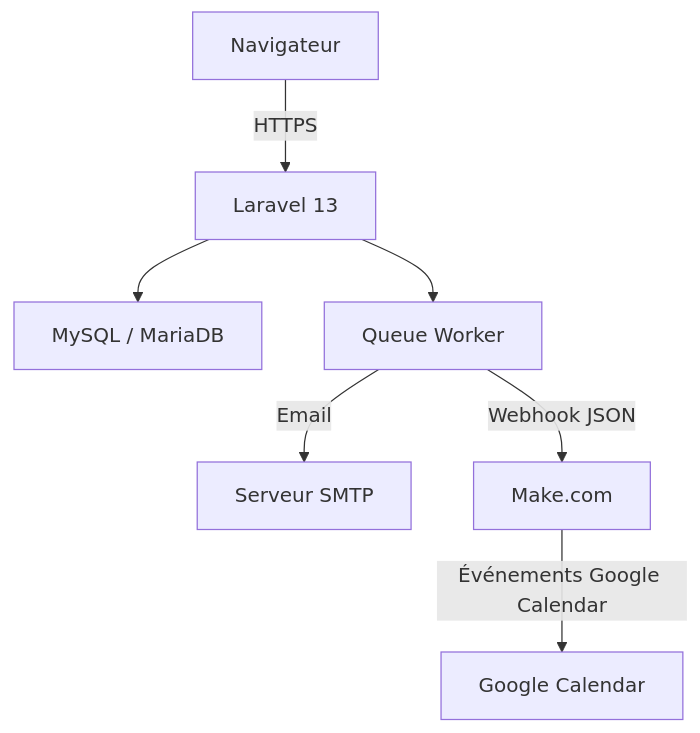
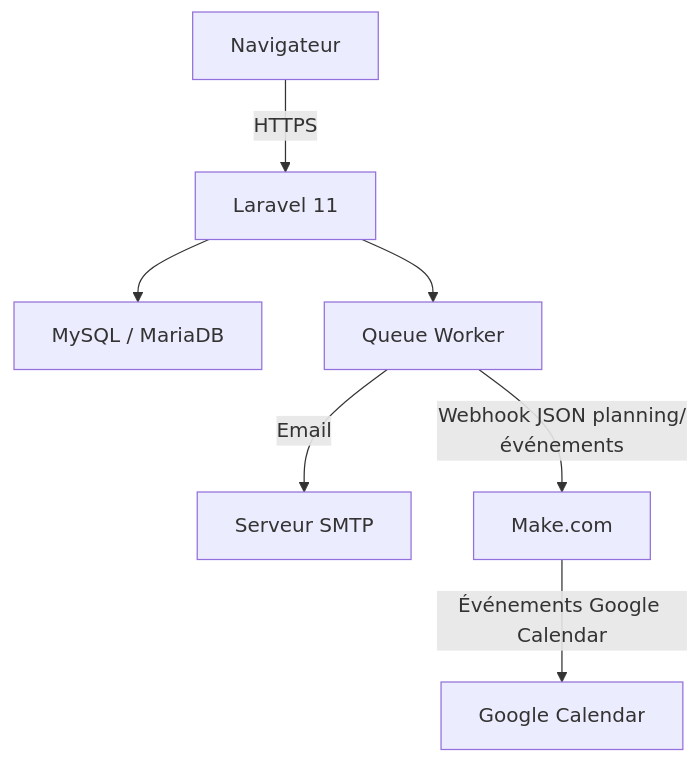
One commit to Djallel93/amana_web_planning changed the first of 12 diagrams in README.md. Above: the diagram before and after it, drawn with Mermaid. The commit also changed other lines of this file and 2 other files, not shown here.

````diff
--- a/README.md
+++ b/README.md
@@ -58,9 +59,9 @@
 ```mermaid
 graph TD
-    A[Navigateur] -->|HTTPS| B[Laravel 13]
+    A[Navigateur] -->|HTTPS| B[Laravel 11]
     B --> C[MySQL / MariaDB]
     B --> D[Queue Worker]
     D -->|Email| E[Serveur SMTP]
-    D -->|Webhook JSON| F[Make.com]
+    D -->|Webhook JSON planning/événements| F[Make.com]
     F -->|Événements Google Calendar| G[Google Calendar]
 ```
````
